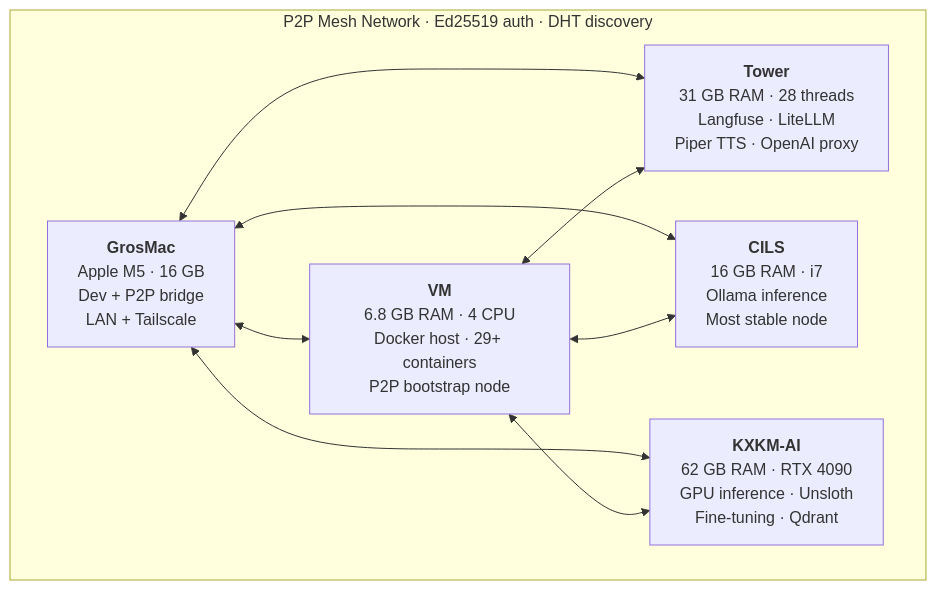
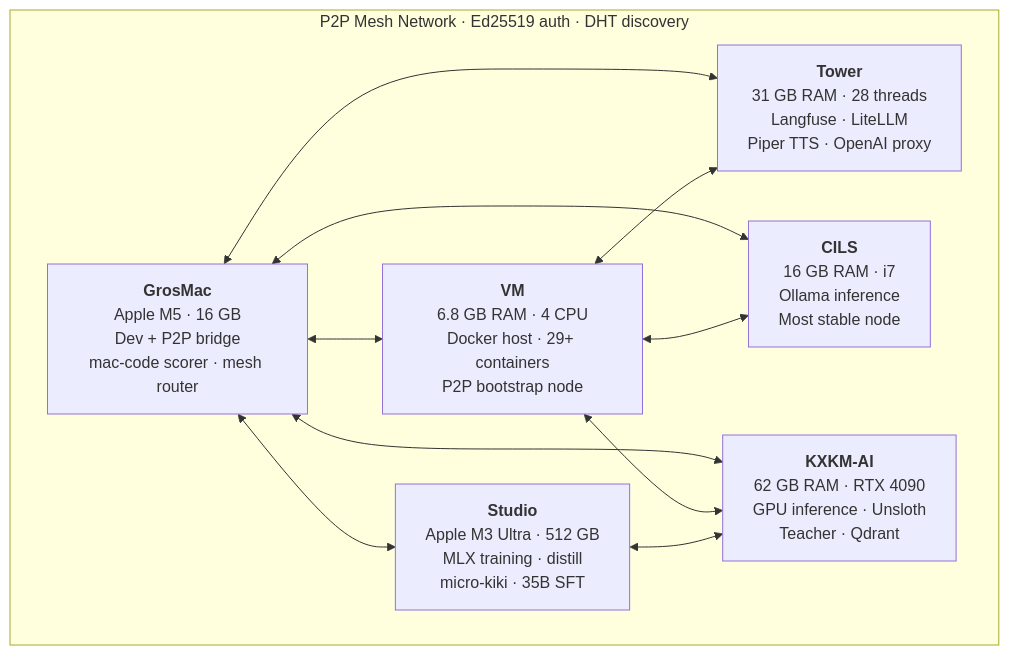
One commit to L-electron-Rare/.github changed the second of 2 diagrams in profile/README.md. Above: the diagram before and after it, drawn with Mermaid. The commit also changed other lines of this file, not shown here.

Commit message:
docs(profile): add Research section, Studio node, MLX; refresh stats

````diff
--- a/profile/README.md
+++ b/profile/README.md
@@ -102,18 +119,21 @@
 ```mermaid
 flowchart TB
     subgraph mesh["P2P Mesh Network · Ed25519 auth · DHT discovery"]
-        GM["<b>GrosMac</b><br/>Apple M5 · 16 GB<br/>Dev + P2P bridge<br/>LAN + Tailscale"]
+        GM["<b>GrosMac</b><br/>Apple M5 · 16 GB<br/>Dev + P2P bridge<br/>mac-code scorer · mesh router"]
+        ST["<b>Studio</b><br/>Apple M3 Ultra · 512 GB<br/>MLX training · distill<br/>micro-kiki · 35B SFT"]
         VM["<b>VM</b><br/>6.8 GB RAM · 4 CPU<br/>Docker host · 29+ containers<br/>P2P bootstrap node"]
         TW["<b>Tower</b><br/>31 GB RAM · 28 threads<br/>Langfuse · LiteLLM<br/>Piper TTS · OpenAI proxy"]
         CI["<b>CILS</b><br/>16 GB RAM · i7<br/>Ollama inference<br/>Most stable node"]
-        KX["<b>KXKM-AI</b><br/>62 GB RAM · RTX 4090<br/>GPU inference · Unsloth<br/>Fine-tuning · Qdrant"]
+        KX["<b>KXKM-AI</b><br/>62 GB RAM · RTX 4090<br/>GPU inference · Unsloth<br/>Teacher · Qdrant"]
     end
 
     GM <--> VM
     GM <--> TW
     GM <--> CI
     GM <--> KX
+    GM <--> ST
     VM <--> TW
     VM <--> CI
     VM <--> KX
+    ST <--> KX
 ```
````
